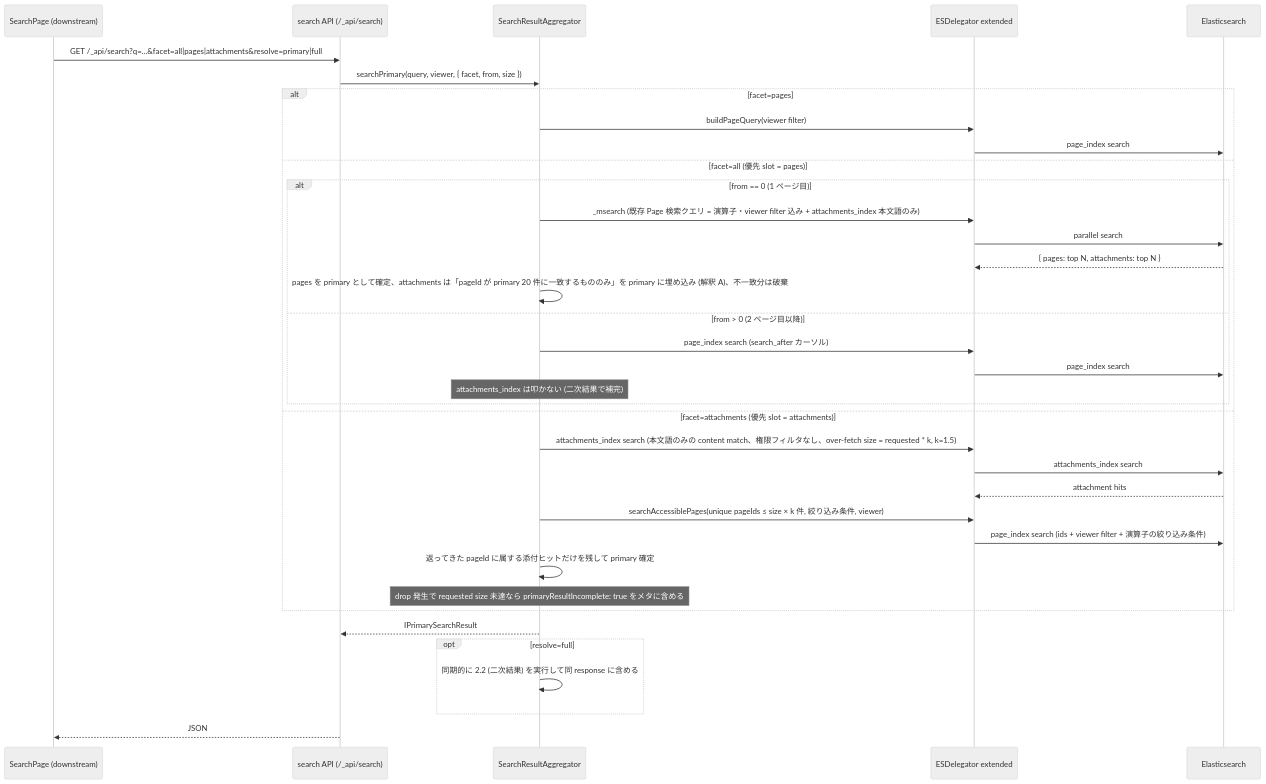
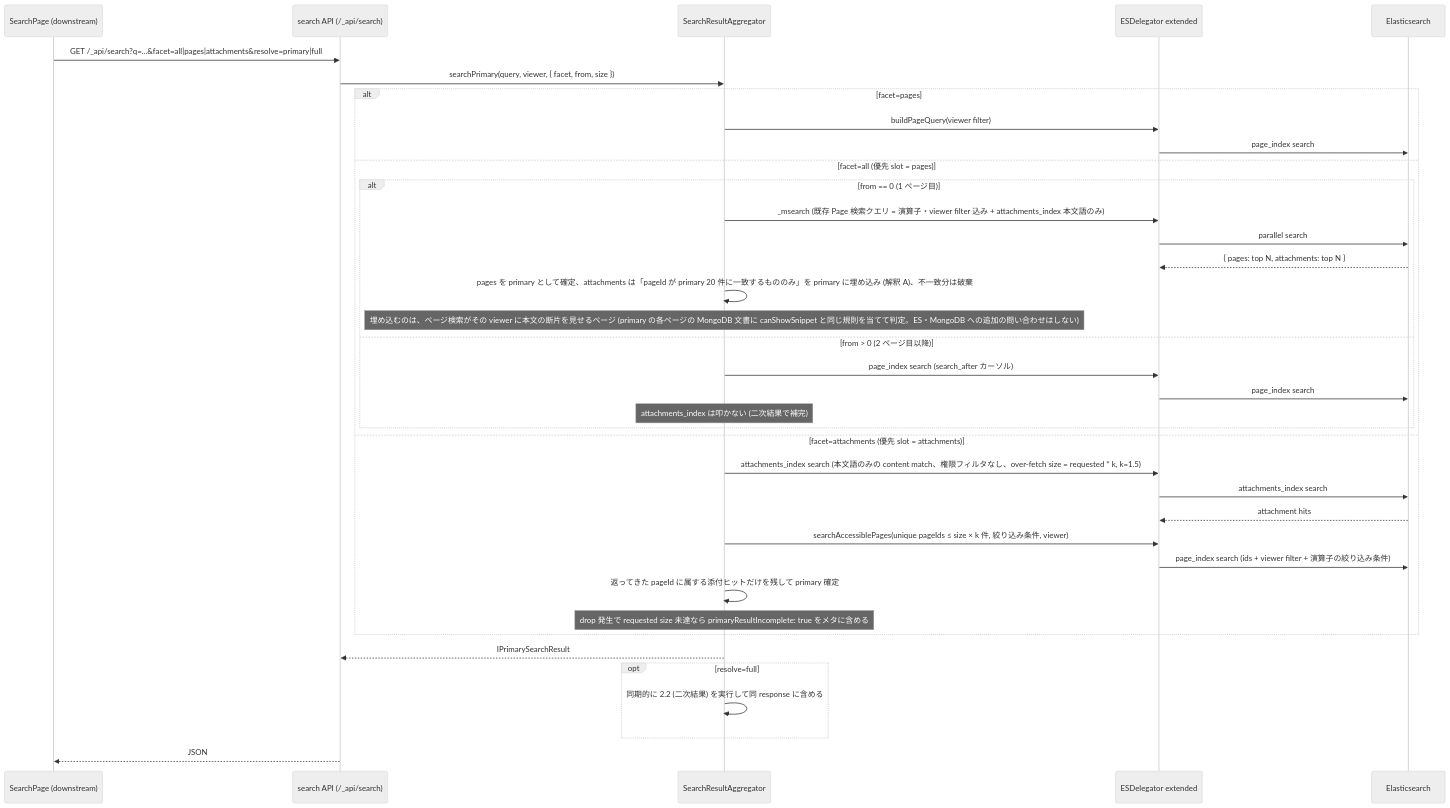
Before and after one commit to growilabs/growi: the third of 6 diagrams in .kiro/specs/attachment-search-indexing/design.md, drawn with Mermaid (neutral theme). The commit also changed other lines of this file and 9 other files, not shown here.

````diff
--- a/.kiro/specs/attachment-search-indexing/design.md
+++ b/.kiro/specs/attachment-search-indexing/design.md
@@ -317,41 +317,42 @@
 ```mermaid
 sequenceDiagram
     participant UI as SearchPage (downstream)
     participant Api as search API (/_api/search)
     participant Svc as SearchResultAggregator
     participant Del as ESDelegator extended
     participant ES as Elasticsearch
 
     UI->>Api: GET /_api/search?q=...&facet=all|pages|attachments&resolve=primary|full
     Api->>Svc: searchPrimary(query, viewer, { facet, from, size })
 
     alt facet=pages
         Svc->>Del: buildPageQuery(viewer filter)
         Del->>ES: page_index search
     else facet=all (優先 slot = pages)
         alt from == 0 (1 ページ目)
             Svc->>Del: _msearch (既存 Page 検索クエリ = 演算子・viewer filter 込み + attachments_index 本文語のみ)
             Del->>ES: parallel search
             ES-->>Del: { pages: top N, attachments: top N }
             Svc->>Svc: pages を primary として確定、attachments は「pageId が primary 20 件に一致するもののみ」を primary に埋め込み (解釈 A)、不一致分は破棄
+            Note over Svc: 埋め込むのは、ページ検索がその viewer に本文の断片を見せるページ (primary の各ページの MongoDB 文書に canShowSnippet と同じ規則を当てて判定。ES・MongoDB への追加の問い合わせはしない)
         else from > 0 (2 ページ目以降)
             Svc->>Del: page_index search (search_after カーソル)
             Del->>ES: page_index search
             Note over Svc: attachments_index は叩かない (二次結果で補完)
         end
     else facet=attachments (優先 slot = attachments)
         Svc->>Del: attachments_index search (本文語のみの content match、権限フィルタなし、over-fetch size = requested * k, k=1.5)
         Del->>ES: attachments_index search
         ES-->>Del: attachment hits
         Svc->>Del: searchAccessiblePages(unique pageIds ≤ size × k 件, 絞り込み条件, viewer)
         Del->>ES: page_index search (ids + viewer filter + 演算子の絞り込み条件)
         Svc->>Svc: 返ってきた pageId に属する添付ヒットだけを残して primary 確定
         Note over Svc: drop 発生で requested size 未達なら primaryResultIncomplete: true をメタに含める
     end
 
     Svc-->>Api: IPrimarySearchResult
     opt resolve=full
         Svc->>Svc: 同期的に 2.2 (二次結果) を実行して同 response に含める
     end
     Api-->>UI: JSON
 ```
````
